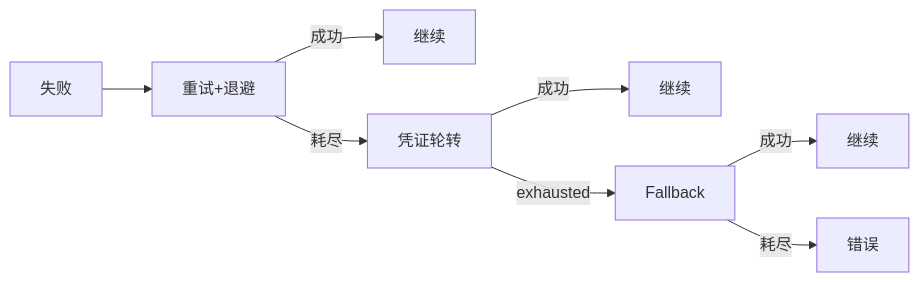
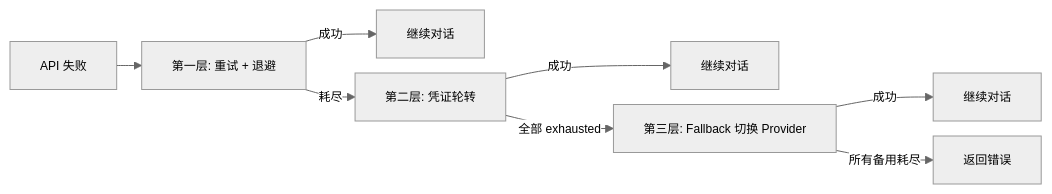
One commit to fang-lin/hermes-agent-code-analysis changed the eighth of 9 diagrams in docs/zh/drafts/02-draft.md. Above: the diagram before and after it, drawn with Mermaid. The commit also changed other lines of this file and 1 other file, not shown here.

First line of the commit message:
第 02 章图表：添加 init 指令缩小字号 + 恢复信息量

````diff
--- a/docs/zh/drafts/02-draft.md
+++ b/docs/zh/drafts/02-draft.md
@@ -347,10 +357,11 @@
 ```mermaid
+%%{init: {"theme": "neutral", "themeVariables": {"fontSize": "12px"}, "flowchart": {"nodeSpacing": 15, "rankSpacing": 25}}}%%
 flowchart LR
-    FAIL["失败"] --> L1["重试+退避"]
-    L1 -->|成功| OK1["继续"]
-    L1 -->|耗尽| L2["凭证轮转"]
-    L2 -->|成功| OK2["继续"]
-    L2 -->|exhausted| L3["Fallback"]
-    L3 -->|成功| OK3["继续"]
-    L3 -->|耗尽| ERR["错误"]
+    FAIL["API 失败"] --> L1["第一层: 重试 + 退避"]
+    L1 -->|成功| OK1["继续对话"]
+    L1 -->|耗尽| L2["第二层: 凭证轮转"]
+    L2 -->|成功| OK2["继续对话"]
+    L2 -->|全部 exhausted| L3["第三层: Fallback 切换 Provider"]
+    L3 -->|成功| OK3["继续对话"]
+    L3 -->|所有备用耗尽| ERR["返回错误"]
 ```
````
